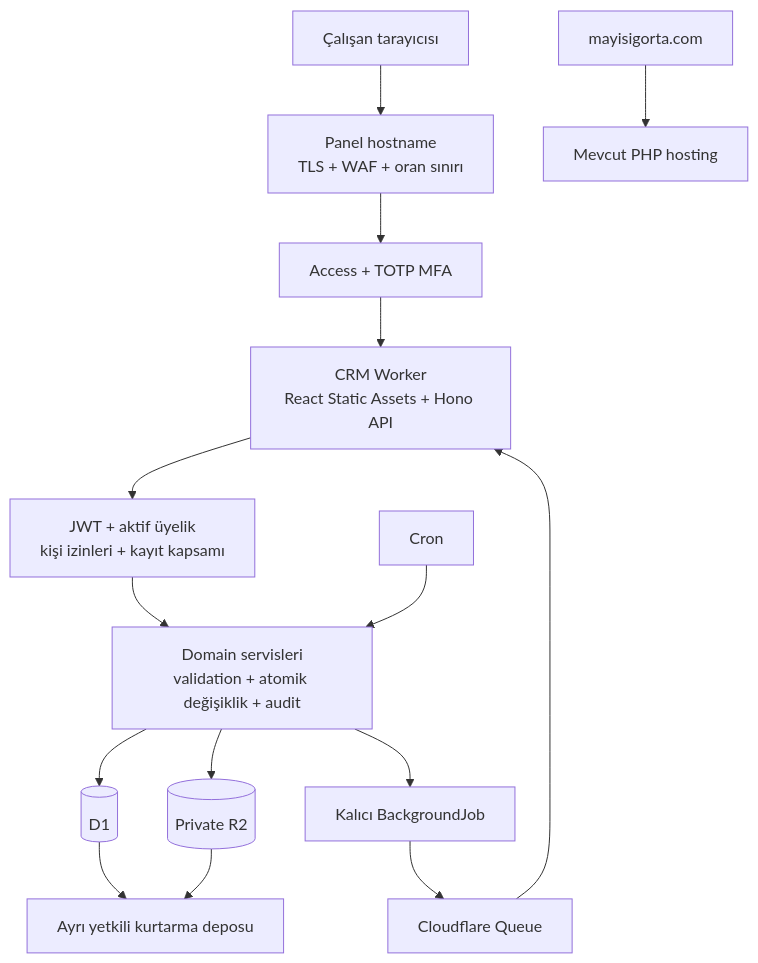
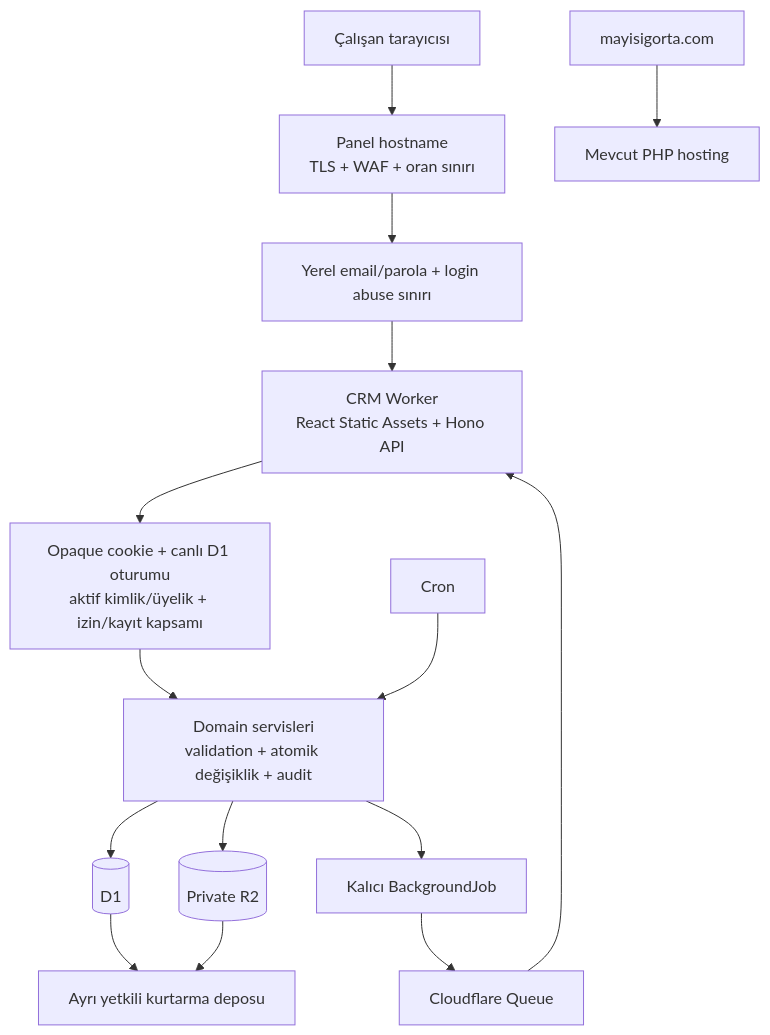
One commit to infonetoapp-cloud/mayi-sigorta-panel changed the diagram in MayiSigorta_CRM_Planning_Pack_v2/NIHAI_MIMARI_VE_UYGULAMA_PLANI.md. Above: the diagram before and after it, drawn with Mermaid. The commit also changed other lines of this file and 89 other files, not shown here.

````diff
--- a/MayiSigorta_CRM_Planning_Pack_v2/NIHAI_MIMARI_VE_UYGULAMA_PLANI.md
+++ b/MayiSigorta_CRM_Planning_Pack_v2/NIHAI_MIMARI_VE_UYGULAMA_PLANI.md
@@ -88,18 +90,18 @@
 ```mermaid
 flowchart TD
     B[Çalışan tarayıcısı] --> E[Panel hostname\nTLS + WAF + oran sınırı]
-    E --> A[Access + TOTP MFA]
+    E --> A[Yerel email/parola + login abuse sınırı]
     A --> W[CRM Worker\nReact Static Assets + Hono API]
-    W --> P[JWT + aktif üyelik\nkişi izinleri + kayıt kapsamı]
+    W --> P[Opaque cookie + canlı D1 oturumu\naktif kimlik/üyelik + izin/kayıt kapsamı]
     P --> S[Domain servisleri\nvalidation + atomik değişiklik + audit]
     S --> D[(D1)]
     S --> R[(Private R2)]
     C[Cron] --> S
     S --> J[Kalıcı BackgroundJob]
     J --> Q[Cloudflare Queue]
     Q --> W
 
     D --> K[Ayrı yetkili kurtarma deposu]
     R --> K
     X[mayisigorta.com] --> H[Mevcut PHP hosting]
 ```
````
